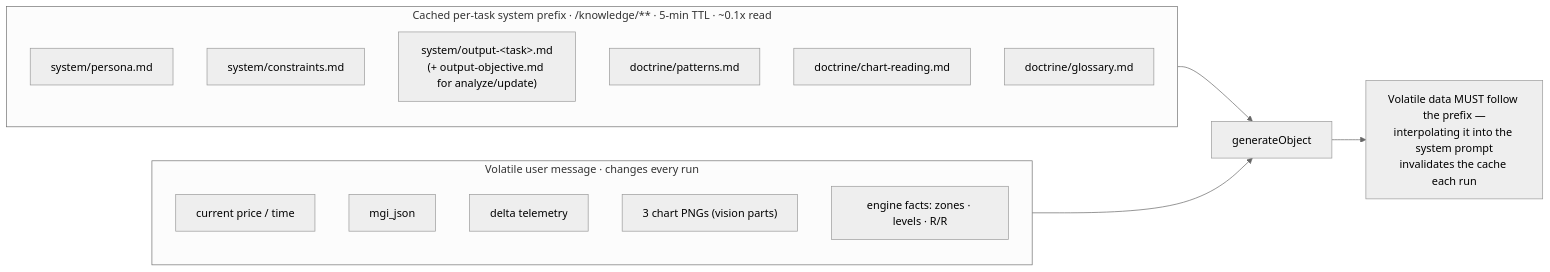
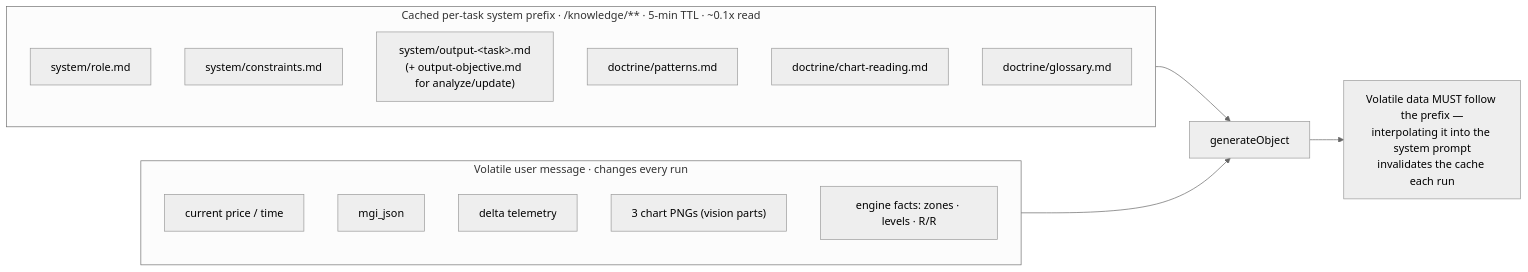
Before and after one commit to Leverage-Workshop/gekko: the third of 3 diagrams in docs/diagrams/llm-call-flow.md, drawn with Mermaid (neutral theme). The commit also changed 10 other files, not shown here.

First line of the commit message:
feat: vanilla role prompt replaces the Gekko persona (feat-070) (#110)

````diff
--- a/docs/diagrams/llm-call-flow.md
+++ b/docs/diagrams/llm-call-flow.md
@@ -69,21 +69,21 @@
 ```mermaid
 graph LR
   subgraph cached["Cached per-task system prefix · /knowledge/** · 5-min TTL · ~0.1x read"]
-    P["system/persona.md"]
+    P["system/role.md"]
     C["system/constraints.md"]
     OS["system/output-&lt;task&gt;.md<br/>(+ output-objective.md for analyze/update)"]
     PAT["doctrine/patterns.md"]
     CR["doctrine/chart-reading.md"]
     GL["doctrine/glossary.md"]
   end
   subgraph volatile["Volatile user message · changes every run"]
     CP["current price / time"]
     MGI["mgi_json"]
     TEL["delta telemetry"]
     IMG["3 chart PNGs (vision parts)"]
     FACT["engine facts: zones · levels · R/R"]
   end
   cached --> CALL["generateObject"]
   volatile --> CALL
   CALL --> RULE["Volatile data MUST follow the prefix —<br/>interpolating it into the system prompt<br/>invalidates the cache each run"]
 ```
````
